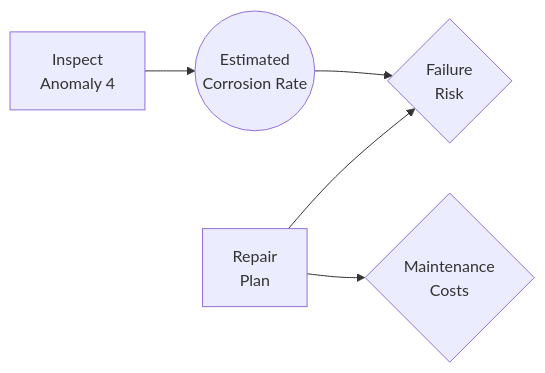
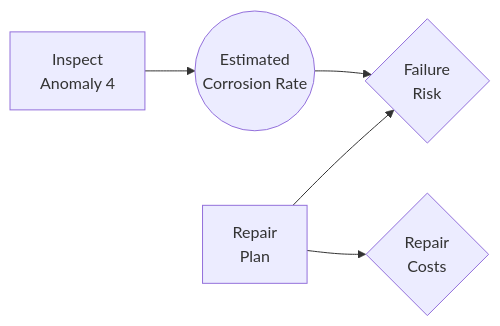
One commit to DomDF/DCE_guidance changed the tenth of 10 diagrams in DCE_guidance.qmd. Above: the diagram before and after it, drawn with Mermaid. The commit also changed other lines of this file and 3 other files, not shown here.

````diff
--- a/DCE_guidance.qmd
+++ b/DCE_guidance.qmd
@@ -1581,14 +1575,14 @@
 ```{mermaid}
 %%| label: fig-prepost_id_voi
 %%| fig-cap: "Influence Diagram for Identifying Expected Optimal Repair Plan for Corroding Structure"
 
 flowchart LR
 
     v[Inspect \nAnomaly 4] --> c((Estimated \nCorrosion Rate))
     c --> C_f{Failure \nRisk}
 
     m[Repair \nPlan] --> C_f
     
-    m --> C_m{Maintenance \nCosts}
+    m --> C_m{Repair \nCosts}
 
 ```
````
